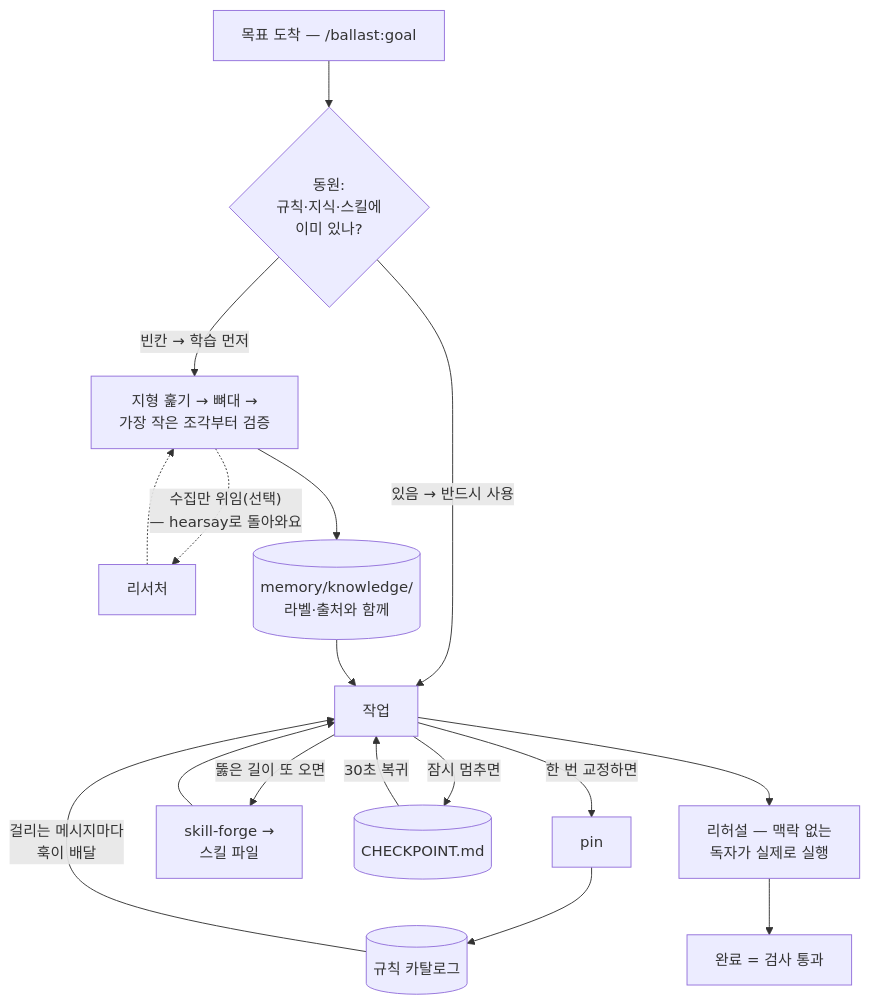
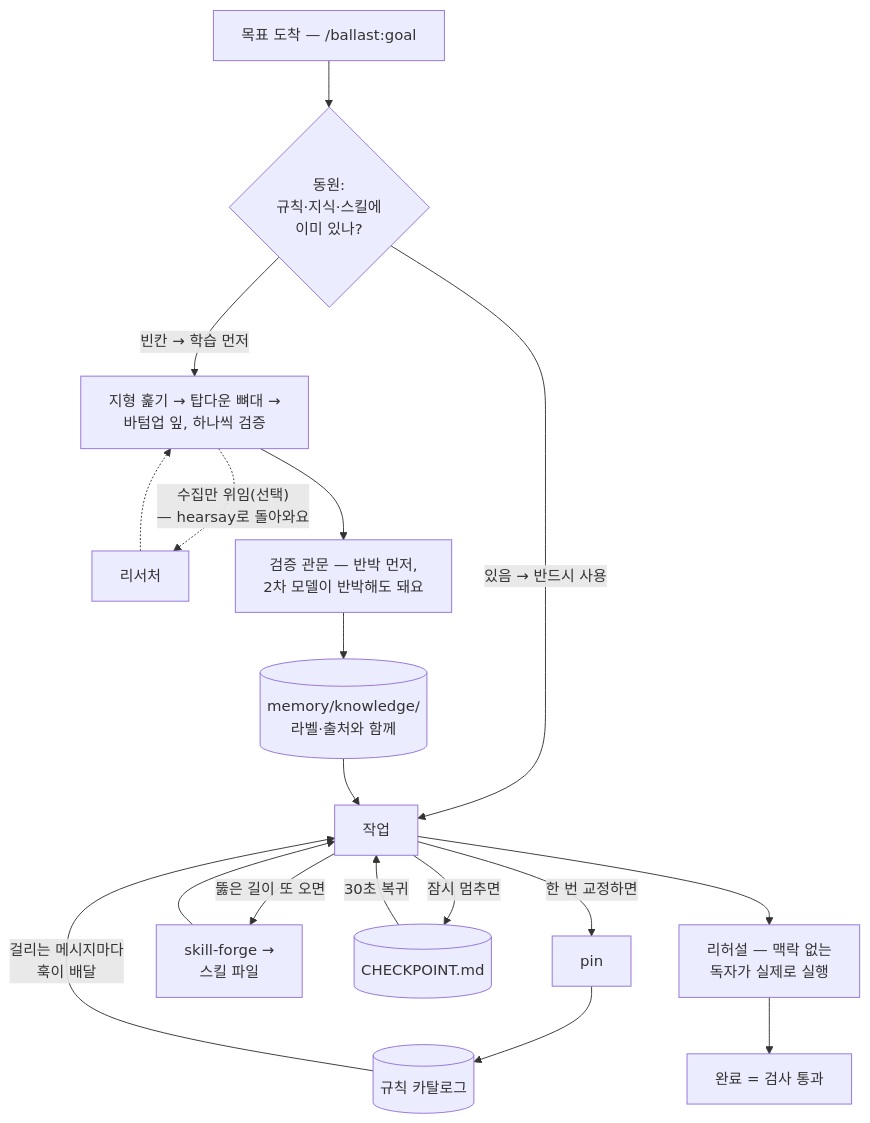
Before and after one commit to svy04/ballast: the diagram in README.ko.md, drawn with Mermaid. The commit also changed other lines of this file and 2 other files, not shown here.

Commit message:
docs: surface the goal engine — pyramid decomposition and the verify gate
The mechanism lived only inside skills/goal and skills/verify-gate; the
shop-window surfaces never said it. Now the pieces table, the diagram, the
walkthrough, and the marketplace description state it plainly: goals are cut
top-down into a pyramid of atomic pieces (no overlaps, no gaps), gaps are
learned bottom-up, and each piece passes the verify gate — refute first,
optionally a second model arguing back — before it bears weight.

````diff
--- a/README.ko.md
+++ b/README.ko.md
@@ -88,14 +88,14 @@
 ```mermaid
 flowchart TD
     G["목표 도착 — /ballast:goal"] --> M{"동원:<br/>규칙·지식·스킬에<br/>이미 있나?"}
     M -- "있음 → 반드시 사용" --> W["작업"]
-    M -- "빈칸 → 학습 먼저" --> L["지형 훑기 → 뼈대 →<br/>가장 작은 조각부터 검증"]
+    M -- "빈칸 → 학습 먼저" --> L["지형 훑기 → 탑다운 뼈대 →<br/>바텀업 잎, 하나씩 검증"]
     L -. "수집만 위임(선택)<br/>— hearsay로 돌아와요" .-> X["리서처"] -.-> L
-    L --> K[("memory/knowledge/<br/>라벨·출처와 함께")]
+    L --> V["검증 관문 — 반박 먼저,<br/>2차 모델이 반박해도 돼요"] --> K[("memory/knowledge/<br/>라벨·출처와 함께")]
     K --> W
     W -- "한 번 교정하면" --> P["pin"] --> R[("규칙 카탈로그")]
     R -- "걸리는 메시지마다<br/>훅이 배달" --> W
     W -- "뚫은 길이 또 오면" --> S["skill-forge →<br/>스킬 파일"] --> W
     W -- "잠시 멈추면" --> C[("CHECKPOINT.md")] -- "30초 복귀" --> W
     W --> RH["리허설 — 맥락 없는<br/>독자가 실제로 실행"] --> D["완료 = 검사 통과"]
 ```
````
